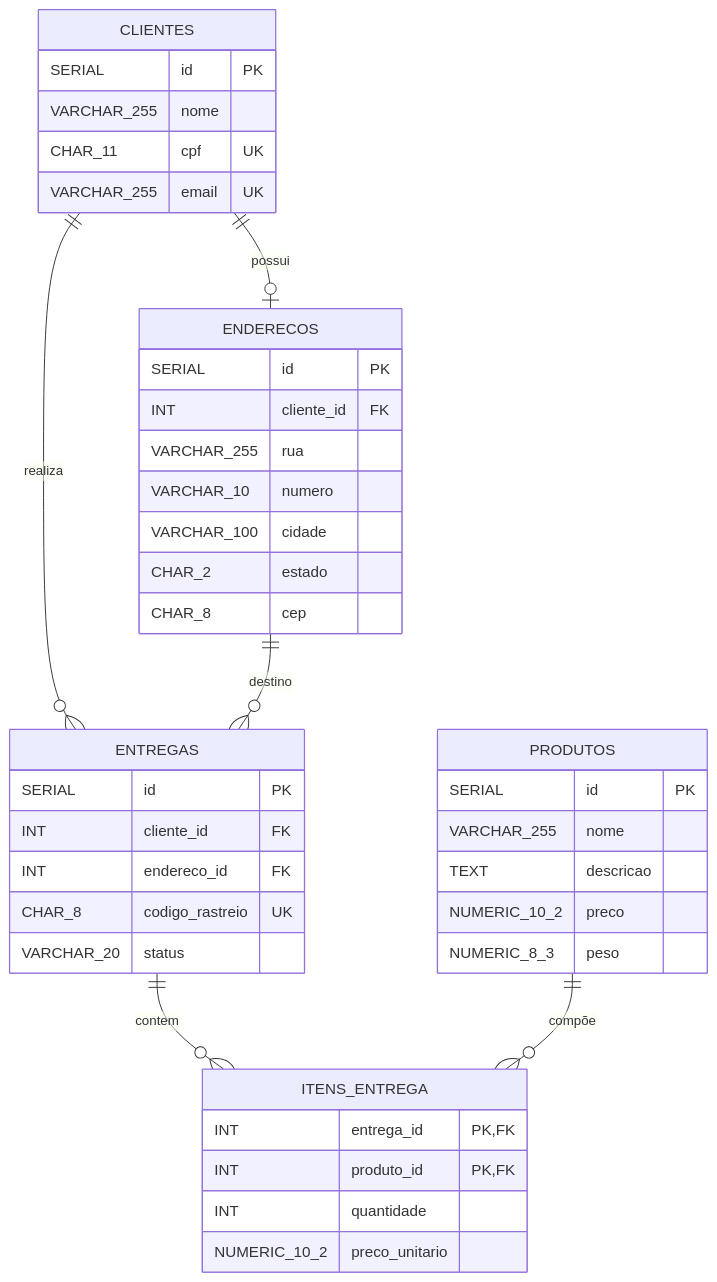
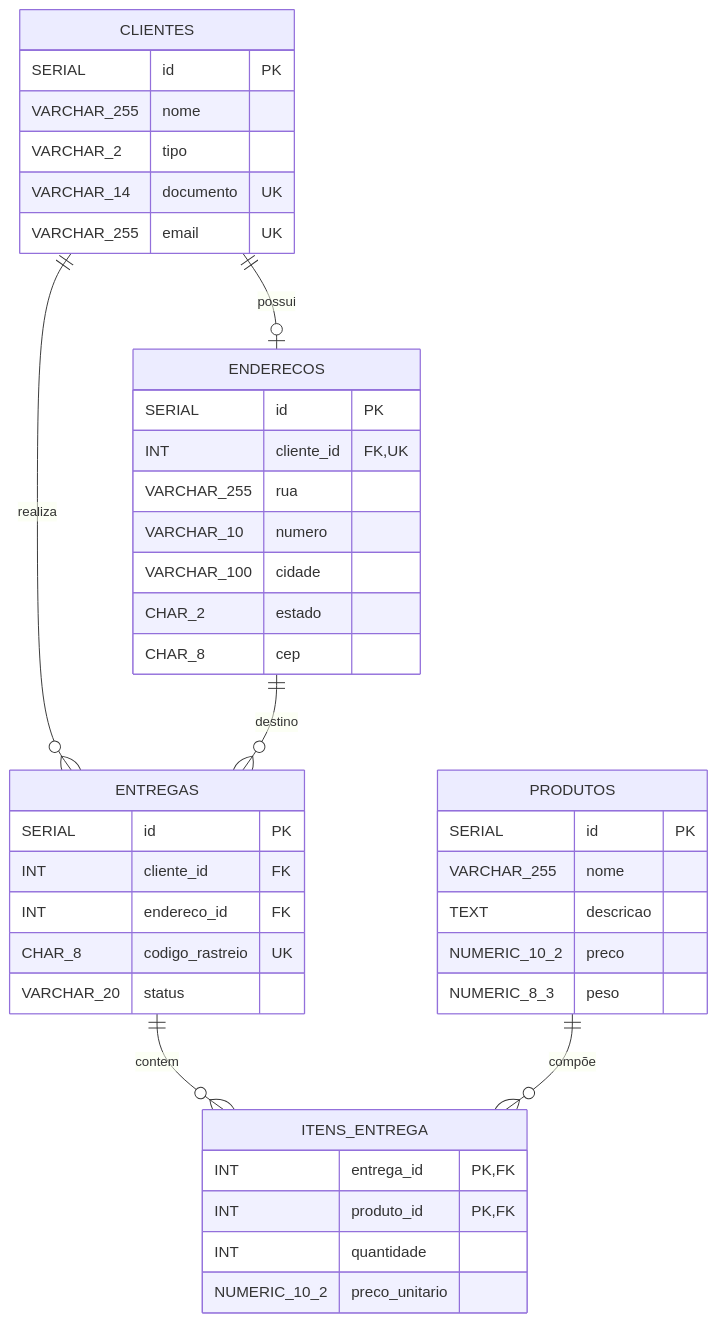
Before and after one commit to DneyDev/desafioJava_GW: the diagram in README.md, drawn with Mermaid. The commit also changed other lines of this file, not shown here.

Commit message:
atualização do schema

````diff
--- a/README.md
+++ b/README.md
@@ -50,49 +50,50 @@
 ```mermaid
 erDiagram
 
     CLIENTES {
         SERIAL id PK
         VARCHAR_255 nome
-        CHAR_11 cpf UK
+        VARCHAR_2 tipo
+        VARCHAR_14 documento UK
         VARCHAR_255 email UK
     }
 
     ENDERECOS {
         SERIAL id PK
-        INT cliente_id FK
+        INT cliente_id FK, UK
         VARCHAR_255 rua
         VARCHAR_10 numero
         VARCHAR_100 cidade
         CHAR_2 estado
         CHAR_8 cep
     }
 
     PRODUTOS {
         SERIAL id PK
         VARCHAR_255 nome
         TEXT descricao
         NUMERIC_10_2 preco
         NUMERIC_8_3 peso
     }
 
     ENTREGAS {
         SERIAL id PK
         INT cliente_id FK
         INT endereco_id FK
         CHAR_8 codigo_rastreio UK
         VARCHAR_20 status
     }
 
     ITENS_ENTREGA {
         INT entrega_id PK, FK
         INT produto_id PK, FK
         INT quantidade
         NUMERIC_10_2 preco_unitario
     }
 
     CLIENTES ||--o| ENDERECOS : "possui"
     CLIENTES ||--o{ ENTREGAS : "realiza"
     ENDERECOS ||--o{ ENTREGAS : "destino"
     ENTREGAS ||--o{ ITENS_ENTREGA : "contem"
     PRODUTOS ||--o{ ITENS_ENTREGA : "compõe"
 ```
````
